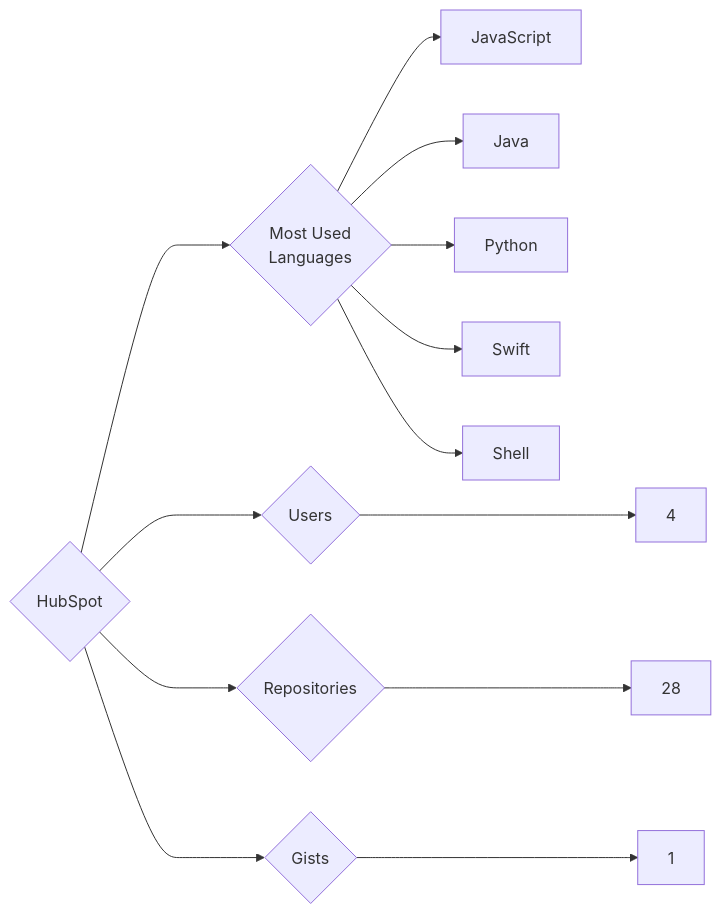
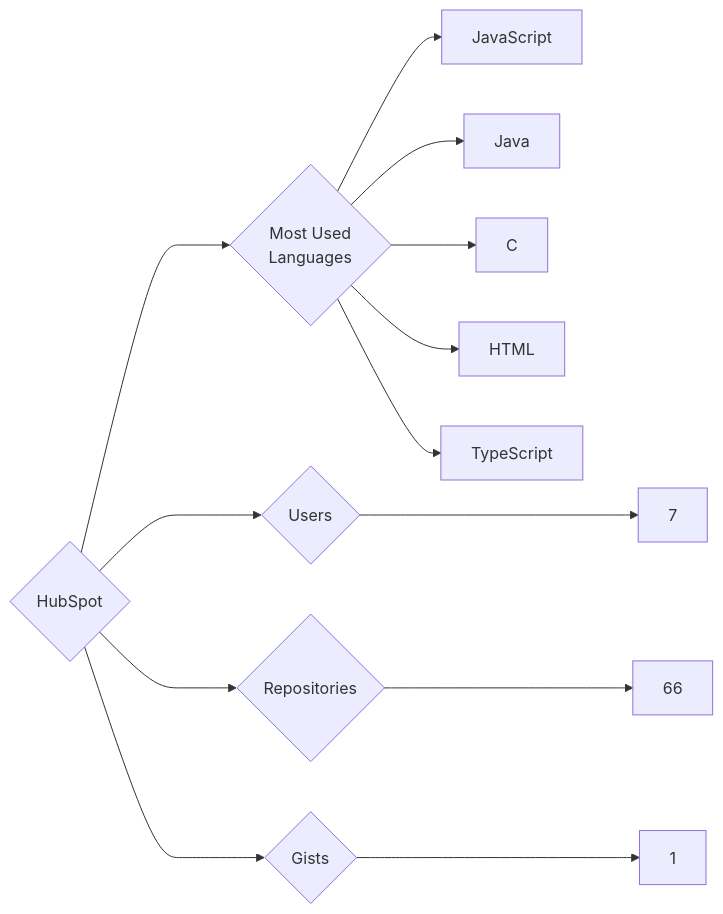
The diagram in targets/HubSpot/README.md (trickest/insiders), drawn with Mermaid before and after one commit. The commit also changed 1084 other files, not shown here.

````diff
--- a/targets/HubSpot/README.md
+++ b/targets/HubSpot/README.md
@@ -3,13 +3,13 @@
 ```mermaid
 graph LR
 COMPANY_NAME{HubSpot}
-COMPANY_NAME ---> U{Users} ---> UN[4]
-COMPANY_NAME ---> R{Repositories} ---> RN[28]
+COMPANY_NAME ---> U{Users} ---> UN[7]
+COMPANY_NAME ---> R{Repositories} ---> RN[66]
 COMPANY_NAME ---> G{Gists} ---> GN[1]
 COMPANY_NAME ---> ML{Most Used<br>Languages}
 ML --> JavaScript[JavaScript]
 ML --> Java[Java]
-ML --> Python[Python]
-ML --> Swift[Swift]
-ML --> Shell[Shell]
+ML --> C[C]
+ML --> HTML[HTML]
+ML --> TypeScript[TypeScript]
 ```
````
